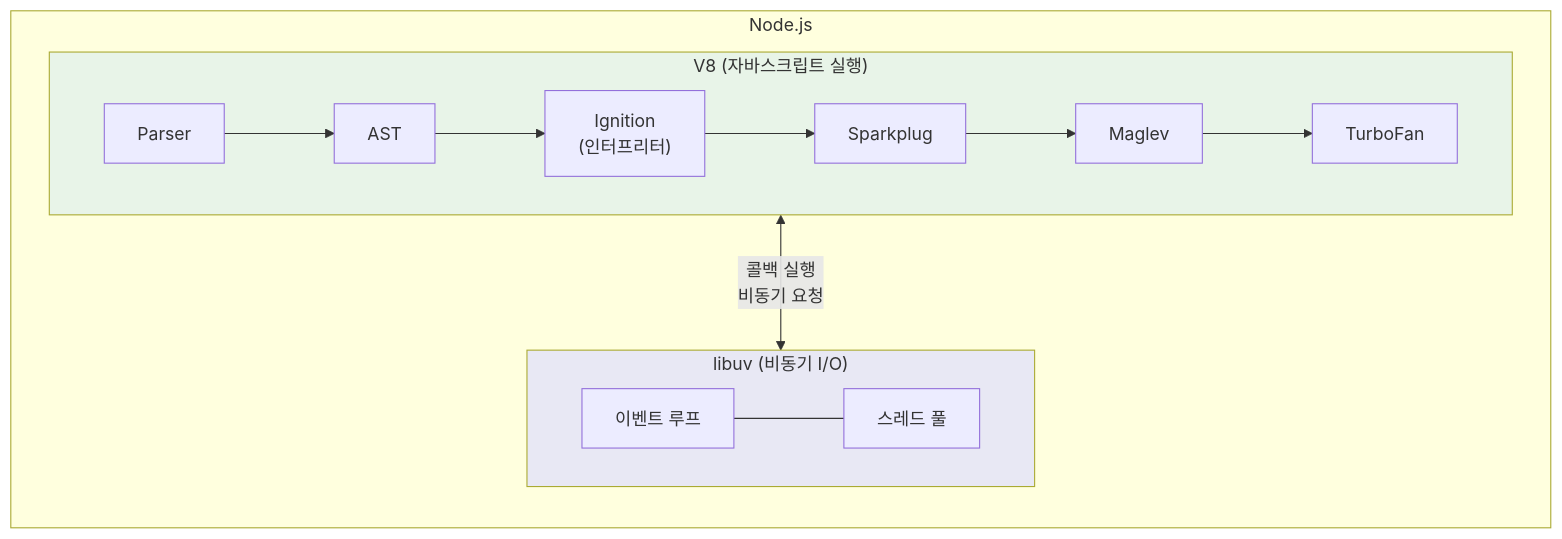
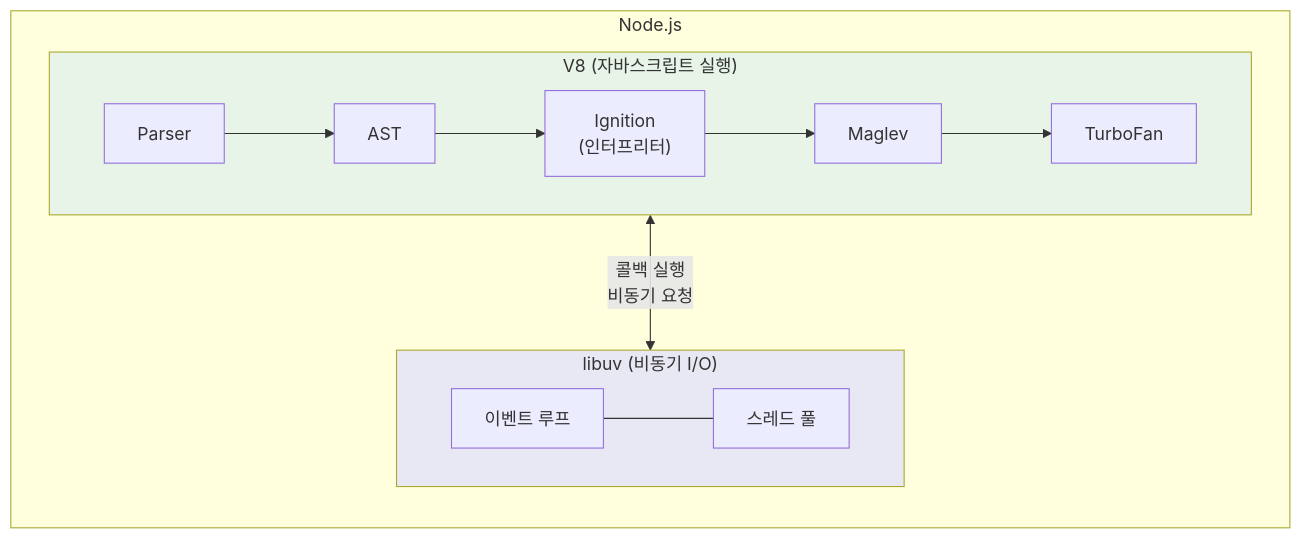
Before and after one commit to yceffort/nodejs-deep-dive: diagram 11 of 11 in posts/part1/1-1.V8_엔진_심층_분석.md, drawn with Mermaid. The commit also changed other lines of this file, not shown here.

````diff
--- a/posts/part1/1-1.V8_엔진_심층_분석.md
+++ b/posts/part1/1-1.V8_엔진_심층_분석.md
@@ -1102,27 +1129,26 @@
 ```mermaid
 flowchart TB
     subgraph Node.js
         direction TB
 
         subgraph V8["V8 (자바스크립트 실행)"]
             direction LR
             Parser["Parser"] --> AST["AST"]
             AST --> Ignition["Ignition<br/>(인터프리터)"]
-            Ignition --> Sparkplug["Sparkplug"]
-            Sparkplug --> Maglev["Maglev"]
+            Ignition --> Maglev["Maglev"]
             Maglev --> TurboFan["TurboFan"]
         end
 
         subgraph libuv["libuv (비동기 I/O)"]
             direction LR
             EventLoop["이벤트 루프"]
             ThreadPool["스레드 풀"]
             EventLoop --- ThreadPool
         end
     end
 
     V8 <-->|"콜백 실행\n비동기 요청"| libuv
 
     style V8 fill:#e8f4e8
     style libuv fill:#e8e8f4
 ```
````
